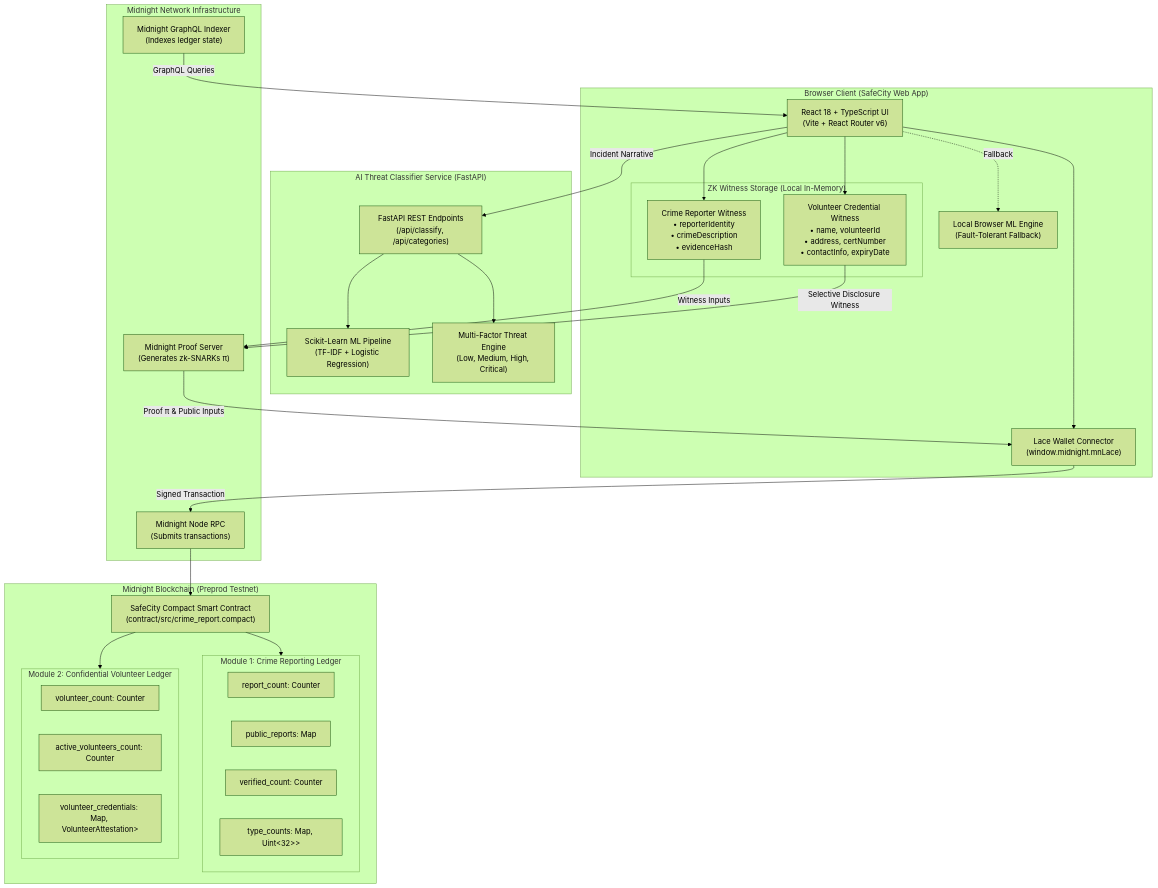
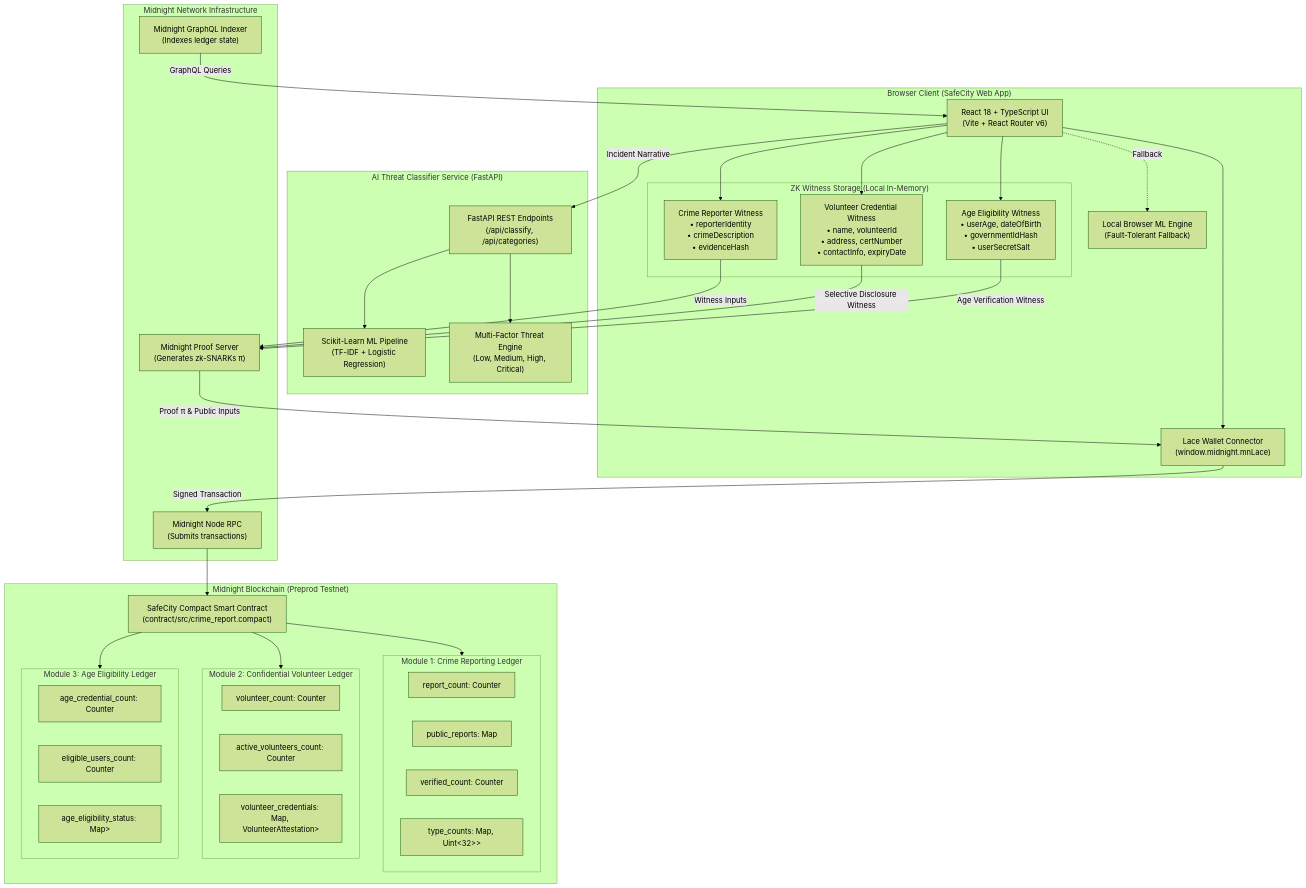
One commit to gourish02/Anonymous-Crime-Reporting changed the first of 2 diagrams in README.md. Above: the diagram before and after it, drawn with Mermaid (forest theme). The commit also changed other lines of this file and 15 other files, not shown here.

Commit message:
feat(age-verification): Add Age Eligibility Verification module with Midnight ZK circuits, frontend page, reporting gate, tests, and documentation

````diff
--- a/README.md
+++ b/README.md
@@ -95,61 +99,71 @@
 ```mermaid
 flowchart TB
     subgraph Client["Browser Client (SafeCity Web App)"]
         UI["React 18 + TypeScript UI\n(Vite + React Router v6)"]
         Lace["Lace Wallet Connector\n(window.midnight.mnLace)"]
         LocalML["Local Browser ML Engine\n(Fault-Tolerant Fallback)"]
         
         subgraph ClientWitnesses["ZK Witness Storage (Local In-Memory)"]
             RepWitness["Crime Reporter Witness\n• reporterIdentity\n• crimeDescription\n• evidenceHash"]
             VolWitness["Volunteer Credential Witness\n• name, volunteerId\n• address, certNumber\n• contactInfo, expiryDate"]
+            AgeWitness["Age Eligibility Witness\n• userAge, dateOfBirth\n• governmentIdHash\n• userSecretSalt"]
         end
         
         UI --> Lace
         UI --> RepWitness
         UI --> VolWitness
+        UI --> AgeWitness
         UI -.->|Fallback| LocalML
     end
 
     subgraph AIService["AI Threat Classifier Service (FastAPI)"]
         API["FastAPI REST Endpoints\n(/api/classify, /api/categories)"]
         SKLearn["Scikit-Learn ML Pipeline\n(TF-IDF + Logistic Regression)"]
         RiskEngine["Multi-Factor Threat Engine\n(Low, Medium, High, Critical)"]
         
         API --> SKLearn
         API --> RiskEngine
     end
 
     subgraph MidnightNetwork["Midnight Network Infrastructure"]
         ProofServer["Midnight Proof Server\n(Generates zk-SNARKs π)"]
         Indexer["Midnight GraphQL Indexer\n(Indexes ledger state)"]
         NodeRPC["Midnight Node RPC\n(Submits transactions)"]
     end
 
     subgraph OnChain["Midnight Blockchain (Preprod Testnet)"]
         CompactContract["SafeCity Compact Smart Contract\n(contract/src/crime_report.compact)"]
         
         subgraph Mod1State["Module 1: Crime Reporting Ledger"]
             RepCount["report_count: Counter"]
             PubReports["public_reports: Map<Field, PublicReport>"]
             VerCount["verified_count: Counter"]
             TypeCount["type_counts: Map<Uint<8>, Uint<32>>"]
         end
 
         subgraph Mod2State["Module 2: Confidential Volunteer Ledger"]
             VolCount["volunteer_count: Counter"]
             ActiveVolCount["active_volunteers_count: Counter"]
             VolMap["volunteer_credentials: Map<Bytes<32>, VolunteerAttestation>"]
         end
 
+        subgraph Mod3State["Module 3: Age Eligibility Ledger"]
+            AgeCount["age_credential_count: Counter"]
+            EligibleCount["eligible_users_count: Counter"]
+            AgeMap["age_eligibility_status: Map<Field, Uint<8>>"]
+        end
+
         CompactContract --> Mod1State
         CompactContract --> Mod2State
+        CompactContract --> Mod3State
     end
 
     UI -->|Incident Narrative| API
     RepWitness -->|Witness Inputs| ProofServer
     VolWitness -->|Selective Disclosure Witness| ProofServer
+    AgeWitness -->|Age Verification Witness| ProofServer
     ProofServer -->|Proof π & Public Inputs| Lace
     Lace -->|Signed Transaction| NodeRPC
     NodeRPC --> CompactContract
     Indexer -->|GraphQL Queries| UI
 ```
````
